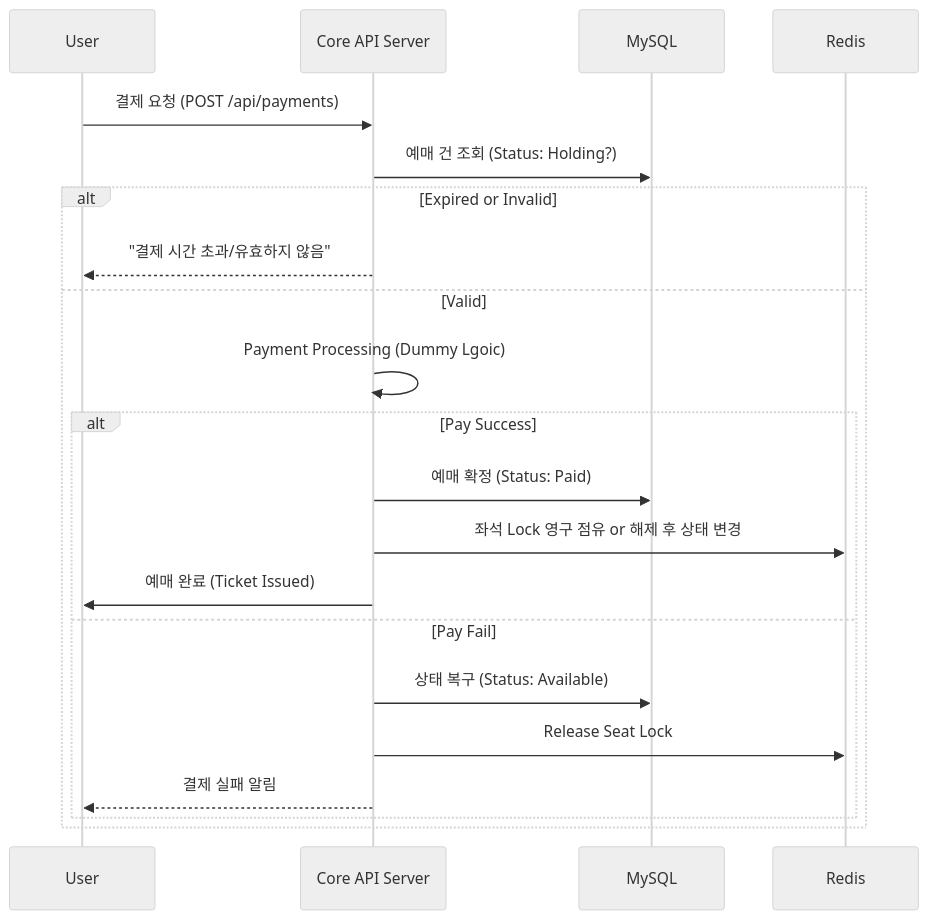
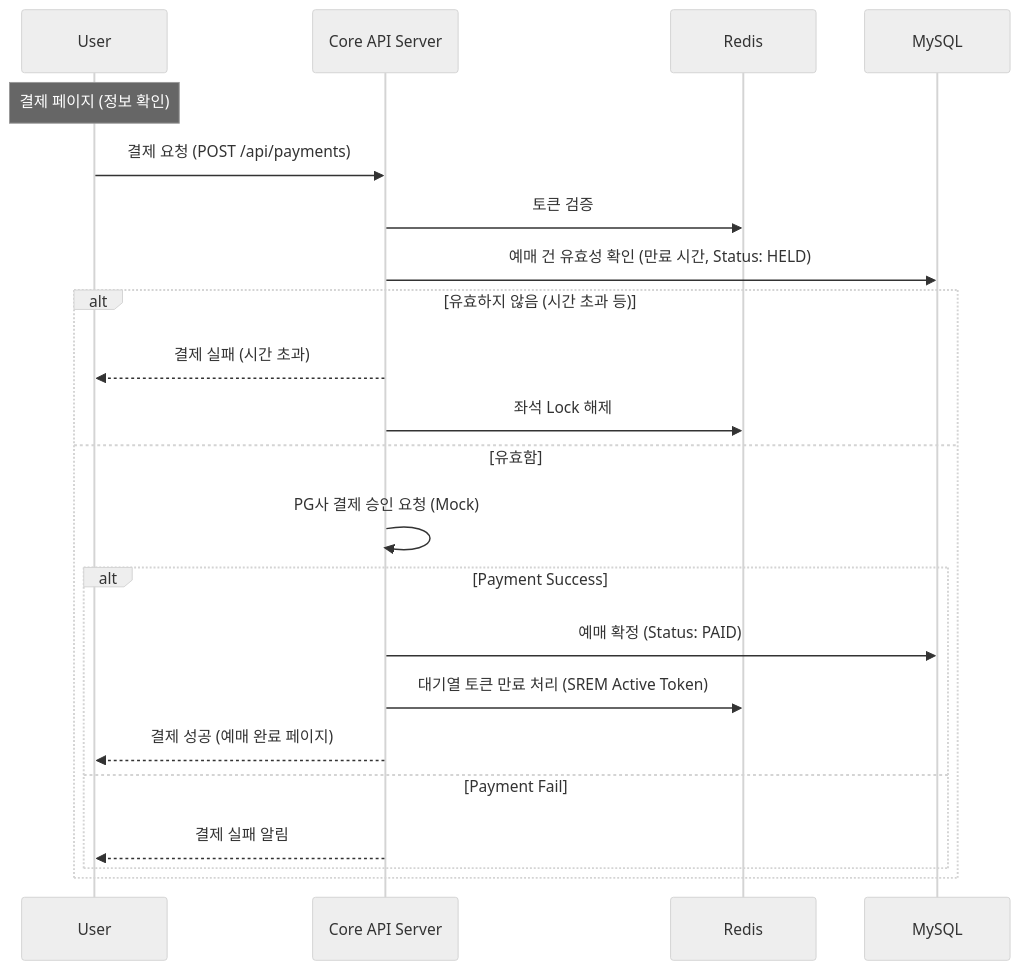
The fourth of 5 diagrams in docs/requirements/02-architecture.md (diovpl248/concert-ticketing-service), drawn with Mermaid (neutral theme) before and after one commit. The commit also changed other lines of this file and 4 other files, not shown here.

````diff
--- a/docs/requirements/02-architecture.md
+++ b/docs/requirements/02-architecture.md
@@ -95,24 +120,28 @@
 ```mermaid
 sequenceDiagram
     participant U as User
     participant C as Core API Server
+	participant R as Redis
     participant D as MySQL
-    participant R as Redis
 
+    Note over U: 결제 페이지 (정보 확인)
     U->>C: 결제 요청 (POST /api/payments)
-    C->>D: 예매 건 조회 (Status: Holding?)
-    alt Expired or Invalid
-        C-->>U: "결제 시간 초과/유효하지 않음"
-    else Valid
-        C->>C: Payment Processing (Dummy Lgoic)
-        alt Pay Success
-            C->>D: 예매 확정 (Status: Paid)
-            C->>R: 좌석 Lock 영구 점유 or 해제 후 상태 변경
-            C->>U: 예매 완료 (Ticket Issued)
-        else Pay Fail
-            C->>D: 상태 복구 (Status: Available)
-            C->>R: Release Seat Lock
+    
+    C->>R: 토큰 검증
+    C->>D: 예매 건 유효성 확인 (만료 시간, Status: HELD)
+    
+    alt 유효하지 않음 (시간 초과 등)
+        C-->>U: 결제 실패 (시간 초과)
+        C->>R: 좌석 Lock 해제
+    else 유효함
+        C->>C: PG사 결제 승인 요청 (Mock)
+        
+        alt Payment Success
+            C->>D: 예매 확정 (Status: PAID)
+            C->>R: 대기열 토큰 만료 처리 (SREM Active Token)
+            C-->>U: 결제 성공 (예매 완료 페이지)
+        else Payment Fail
             C-->>U: 결제 실패 알림
         end
     end
 ```
````
